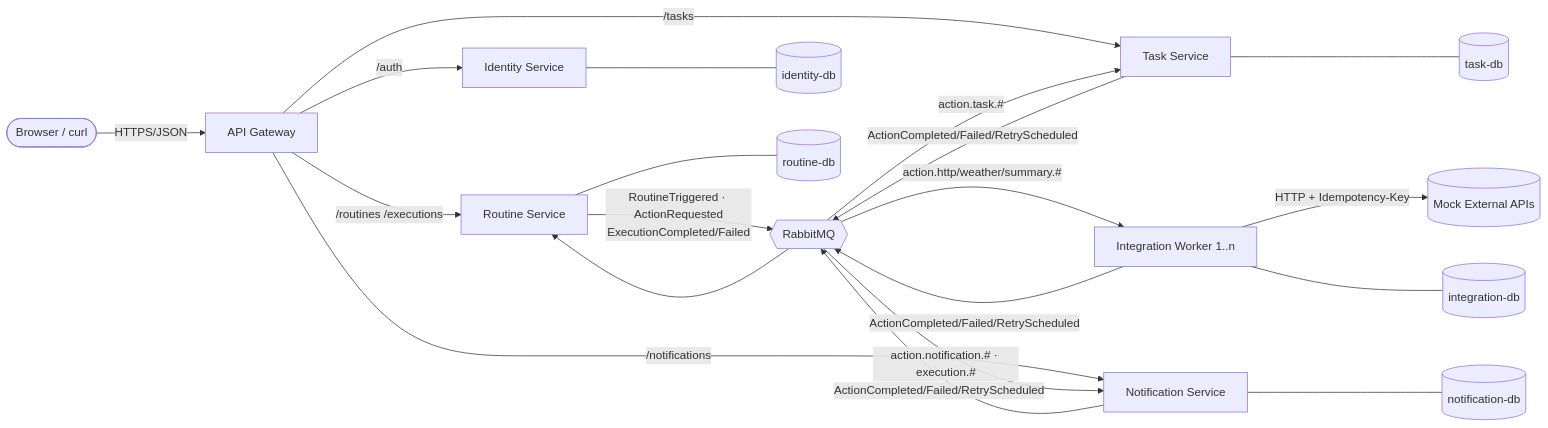
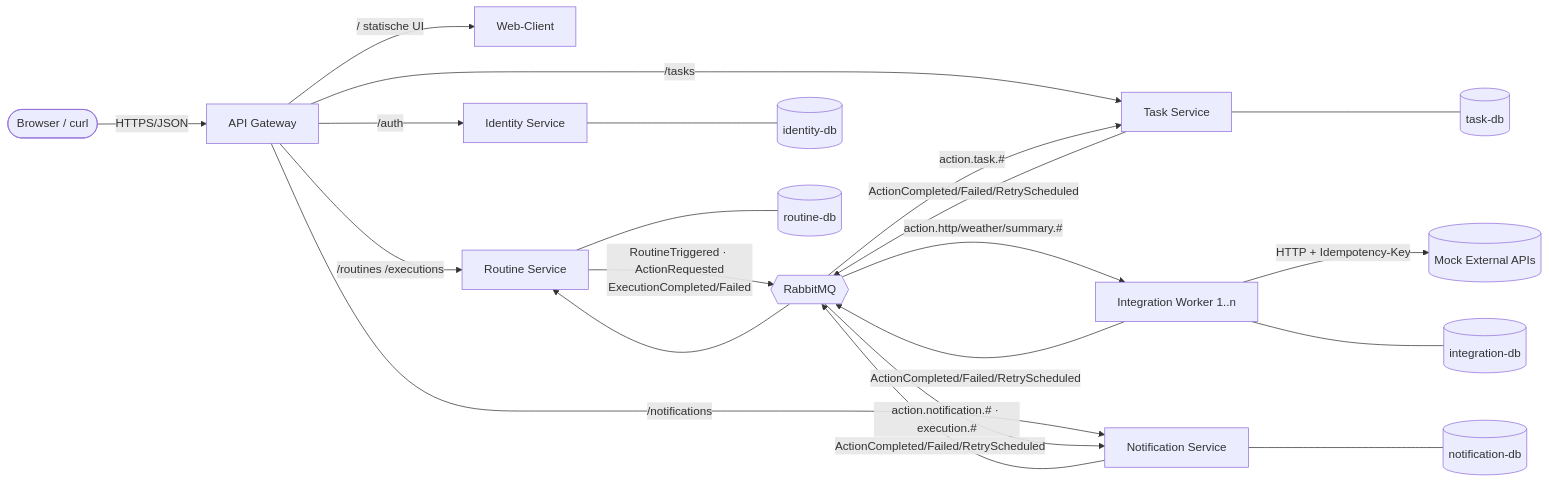
Before and after one commit to sxpersxnic/tbz-m321-routine: the first of 2 diagrams in docs/architecture.md, drawn with Mermaid. The commit also changed other lines of this file and 48 other files, not shown here.

First line of the commit message:
feat(web): add React web client as independent service

````diff
--- a/docs/architecture.md
+++ b/docs/architecture.md
@@ -7,22 +7,23 @@
 ```mermaid
 flowchart LR
     Client([Browser / curl]) -->|HTTPS/JSON| GW[API Gateway]
+    GW -->|/ statische UI| WEB[Web-Client]
     GW -->|/auth| ID[Identity Service]
     GW -->|/routines /executions| RS[Routine Service]
     GW -->|/tasks| TS[Task Service]
     GW -->|/notifications| NS[Notification Service]
 
     RS -- "RoutineTriggered · ActionRequested\nExecutionCompleted/Failed" --> MB{{RabbitMQ}}
     MB -- "action.task.#" --> TS
     MB -- "action.http/weather/summary.#" --> IW1[Integration Worker 1..n]
     MB -- "action.notification.# · execution.#" --> NS
     TS & IW1 & NS -- "ActionCompleted/Failed/RetryScheduled" --> MB
     MB --> RS
     IW1 -->|HTTP + Idempotency-Key| EXT[(Mock External APIs)]
 
     ID --- IDDB[(identity-db)]
     RS --- RSDB[(routine-db)]
     TS --- TSDB[(task-db)]
     NS --- NSDB[(notification-db)]
     IW1 --- IWDB[(integration-db)]
 ```
````
